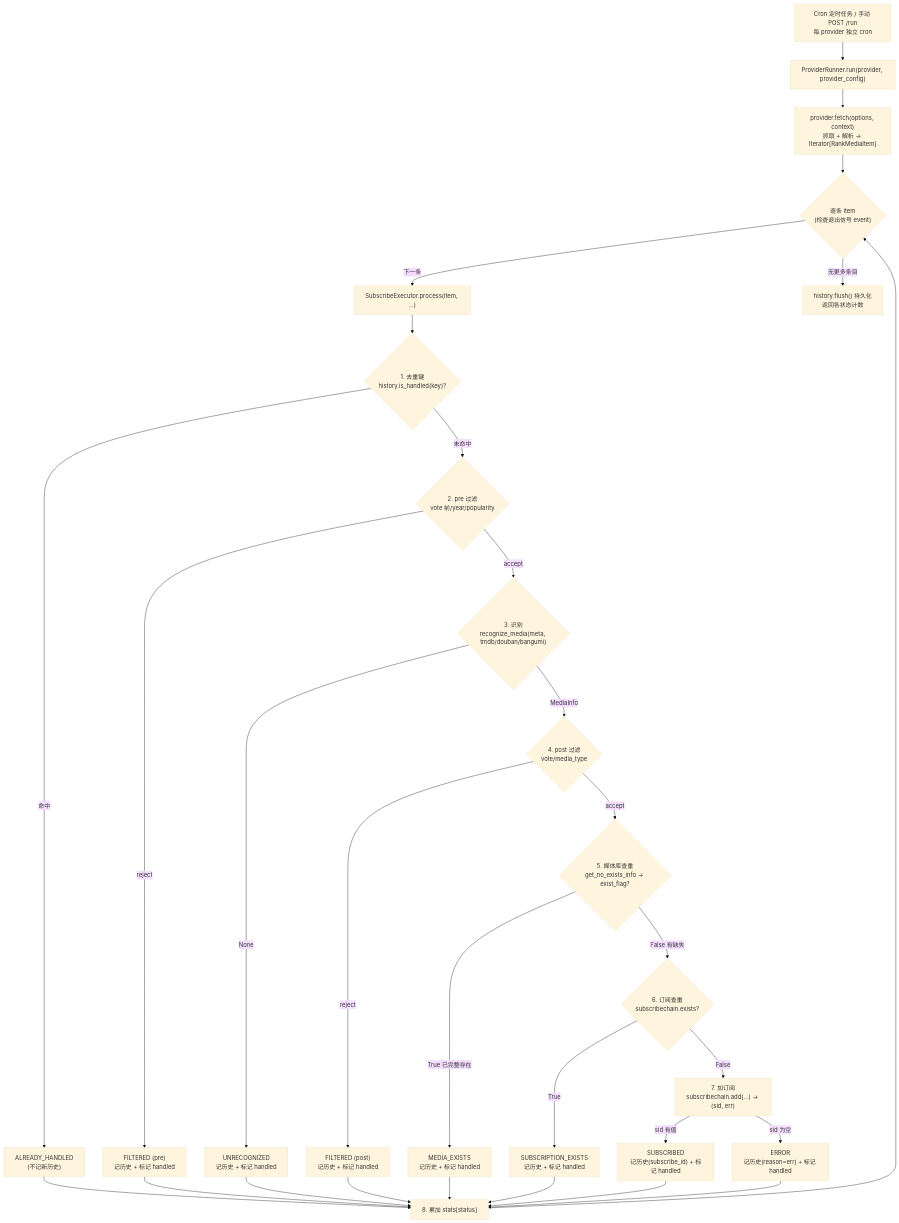
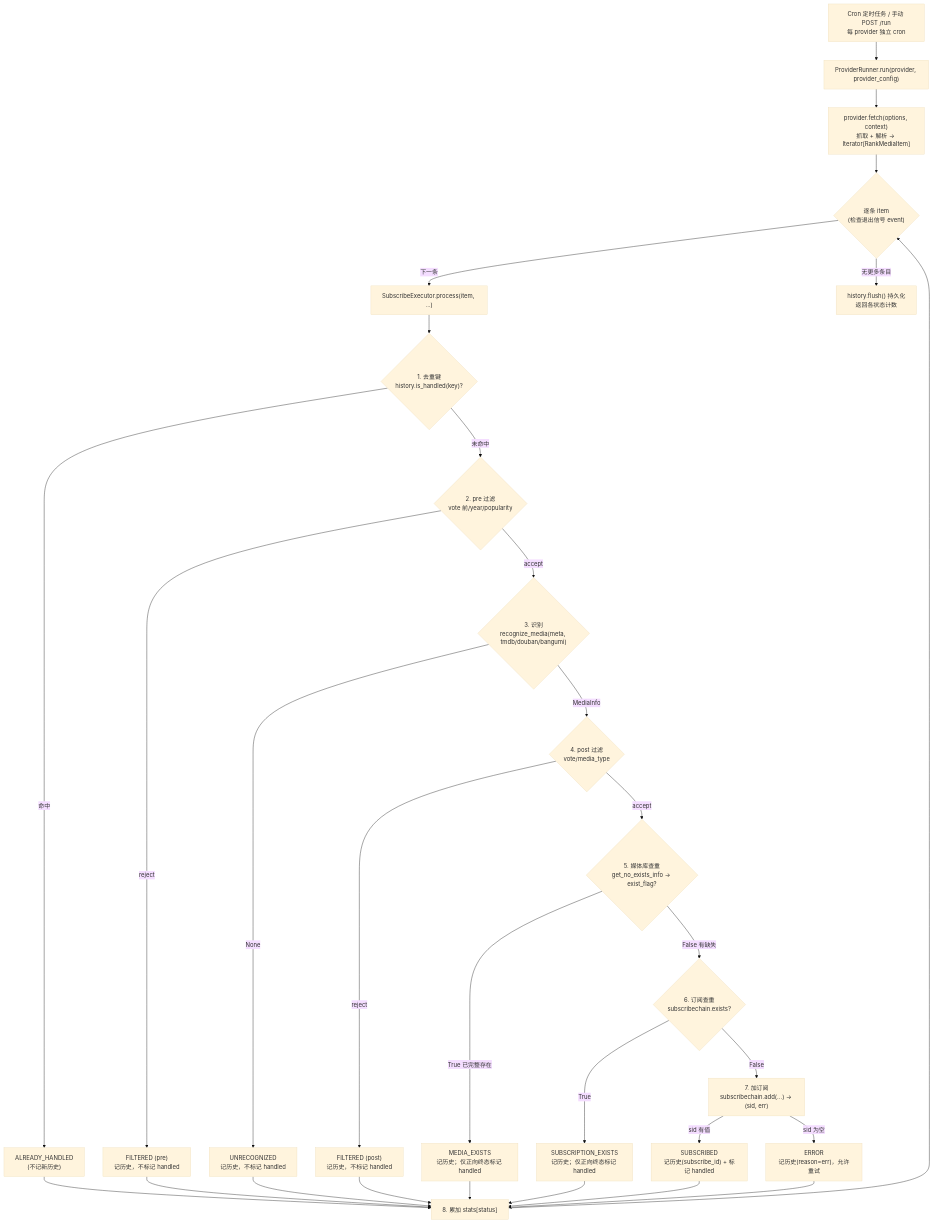
Before and after one commit to Aqr-K/Moviepilot-Plugins: the first of 2 diagrams in plugins.v2/automaticsubscriptionassistant/docs/architecture.md, drawn with Mermaid (base theme). The commit also changed other lines of this file and 49 other files, not shown here.

````diff
--- a/plugins.v2/automaticsubscriptionassistant/docs/architecture.md
+++ b/plugins.v2/automaticsubscriptionassistant/docs/architecture.md
@@ -39,41 +39,41 @@
 ```mermaid
 flowchart TD
     Trigger["Cron 定时任务 / 手动 POST /run<br/>每 provider 独立 cron"] --> Runner["ProviderRunner.run(provider, provider_config)"]
     Runner --> Fetch["provider.fetch(options, context)<br/>抓取 + 解析 -> Iterator[RankMediaItem]"]
     Fetch --> Loop{"逐条 item<br/>(检查退出信号 event)"}
     Loop -->|下一条| Process["SubscribeExecutor.process(item, ...)"]
 
     Process --> Dedup{"1. 去重键<br/>history.is_handled(key)?"}
     Dedup -->|命中| SAH["ALREADY_HANDLED<br/>(不记新历史)"]
     Dedup -->|未命中| Pre{"2. pre 过滤<br/>vote 前/year/popularity"}
 
-    Pre -->|reject| FPre["FILTERED (pre)<br/>记历史 + 标记 handled"]
+    Pre -->|reject| FPre["FILTERED (pre)<br/>记历史，不标记 handled"]
     Pre -->|accept| Reco{"3. 识别<br/>recognize_media(meta, tmdb/douban/bangumi)"}
 
-    Reco -->|None| UR["UNRECOGNIZED<br/>记历史 + 标记 handled"]
+    Reco -->|None| UR["UNRECOGNIZED<br/>记历史，不标记 handled"]
     Reco -->|MediaInfo| Post{"4. post 过滤<br/>vote/media_type"}
 
-    Post -->|reject| FPost["FILTERED (post)<br/>记历史 + 标记 handled"]
+    Post -->|reject| FPost["FILTERED (post)<br/>记历史，不标记 handled"]
     Post -->|accept| Lib{"5. 媒体库查重<br/>get_no_exists_info -> exist_flag?"}
 
-    Lib -->|True 已完整存在| ME["MEDIA_EXISTS<br/>记历史 + 标记 handled"]
+    Lib -->|True 已完整存在| ME["MEDIA_EXISTS<br/>记历史；仅正向终态标记 handled"]
     Lib -->|False 有缺失| Sub{"6. 订阅查重<br/>subscribechain.exists?"}
 
-    Sub -->|True| SE["SUBSCRIPTION_EXISTS<br/>记历史 + 标记 handled"]
+    Sub -->|True| SE["SUBSCRIPTION_EXISTS<br/>记历史；仅正向终态标记 handled"]
     Sub -->|False| Add["7. 加订阅<br/>subscribechain.add(...) -> (sid, err)"]
 
     Add -->|sid 有值| OK["SUBSCRIBED<br/>记历史(subscribe_id) + 标记 handled"]
-    Add -->|sid 为空| ERR["ERROR<br/>记历史(reason=err) + 标记 handled"]
+    Add -->|sid 为空| ERR["ERROR<br/>记历史(reason=err)，允许重试"]
 
     SAH --> Stats["8. 累加 stats[status]"]
     FPre --> Stats
     UR --> Stats
     FPost --> Stats
     ME --> Stats
     SE --> Stats
     OK --> Stats
     ERR --> Stats
 
     Stats --> Loop
     Loop -->|无更多条目| Flush["history.flush() 持久化<br/>返回各状态计数"]
 ```
````
